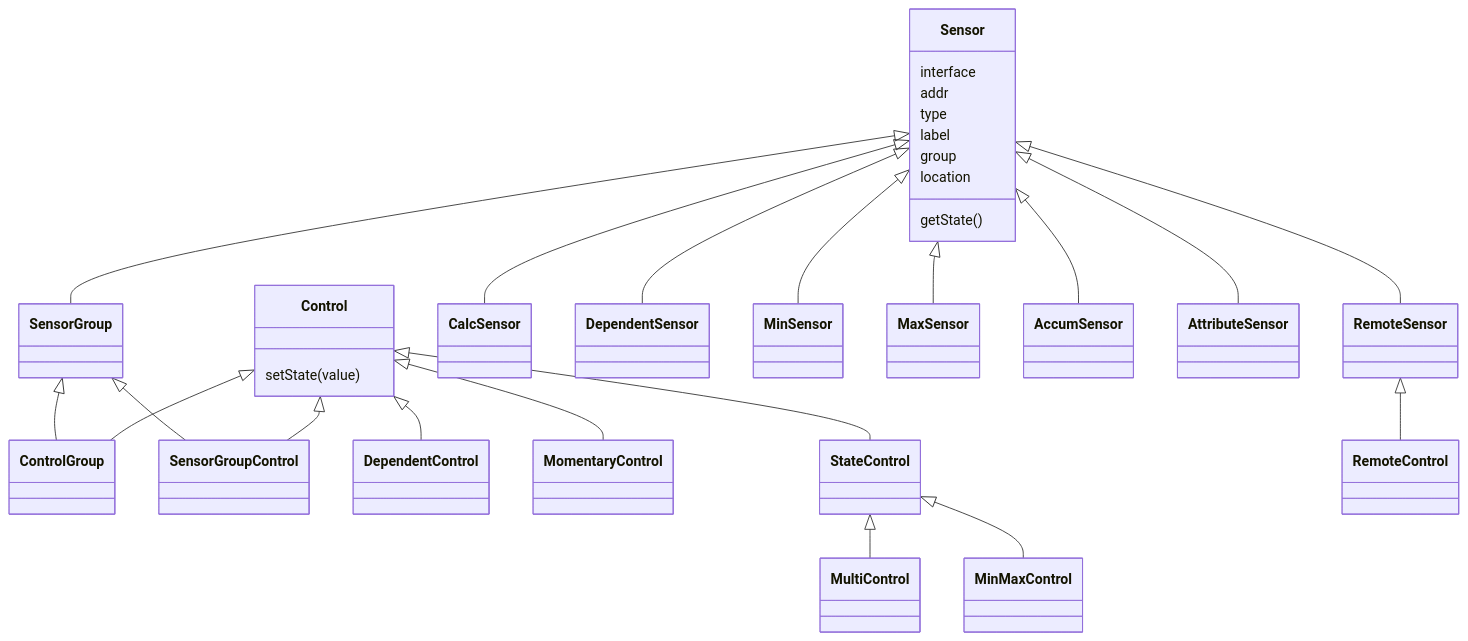
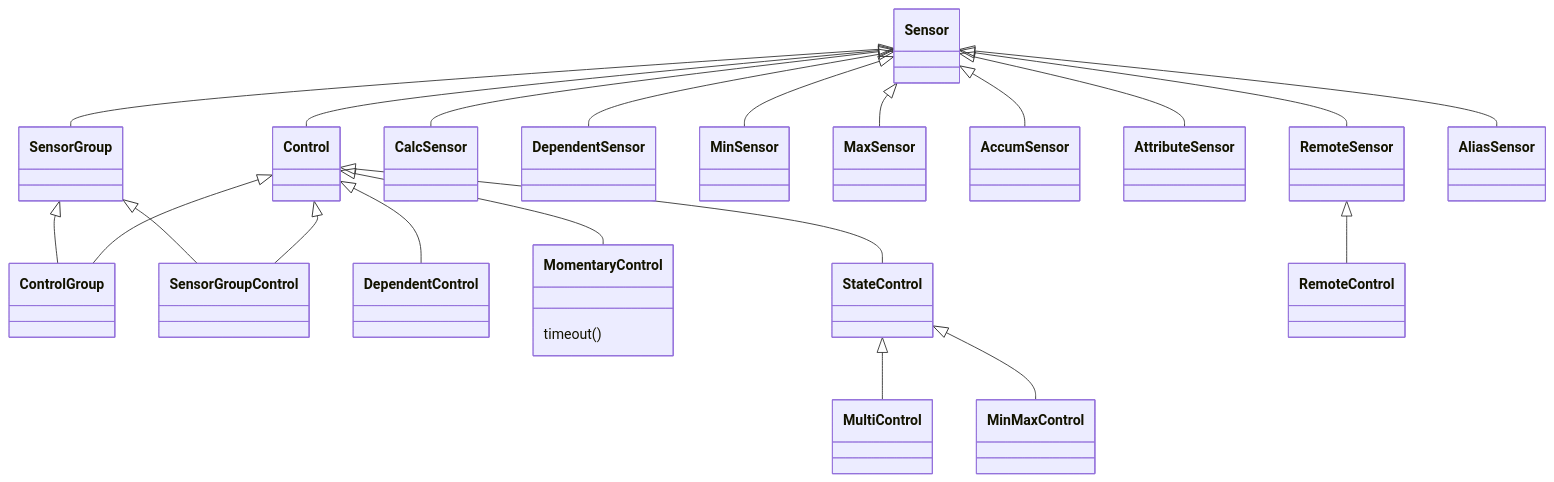
One commit to jbuehl/homealone changed the diagram in docs/README.resources.md. Above: the diagram before and after it, drawn with Mermaid. The commit also changed other lines of this file, not shown here.

Commit message:
Add diagrams

````diff
--- a/docs/README.resources.md
+++ b/docs/README.resources.md
@@ -81,30 +64,24 @@
 ```mermaid
 classDiagram
+	Sensor <|-- Control
 	Sensor <|-- SensorGroup
 	SensorGroup <|-- ControlGroup
 	Control <|-- ControlGroup
 	SensorGroup <|-- SensorGroupControl
 	Control <|-- SensorGroupControl
 	Sensor <|-- CalcSensor
 	Sensor <|-- DependentSensor
 	Control <|-- DependentControl
 	Control <|-- MomentaryControl
 	Control <|-- StateControl
 	StateControl <|-- MultiControl
 	StateControl <|-- MinMaxControl
 	Sensor <|-- MinSensor
 	Sensor <|-- MaxSensor
 	Sensor <|-- AccumSensor
 	Sensor <|-- AttributeSensor
 	Sensor <|-- RemoteSensor
 	RemoteSensor <|-- RemoteControl
-
-	Sensor : interface
-	Sensor : addr
-	Sensor: type
-	Sensor : label
-	Sensor : group
-	Sensor : location
-	Sensor : getState()
-	Control : setState(value)
+	Sensor <|-- AliasSensor
+	MomentaryControl: timeout()
 ```
````
